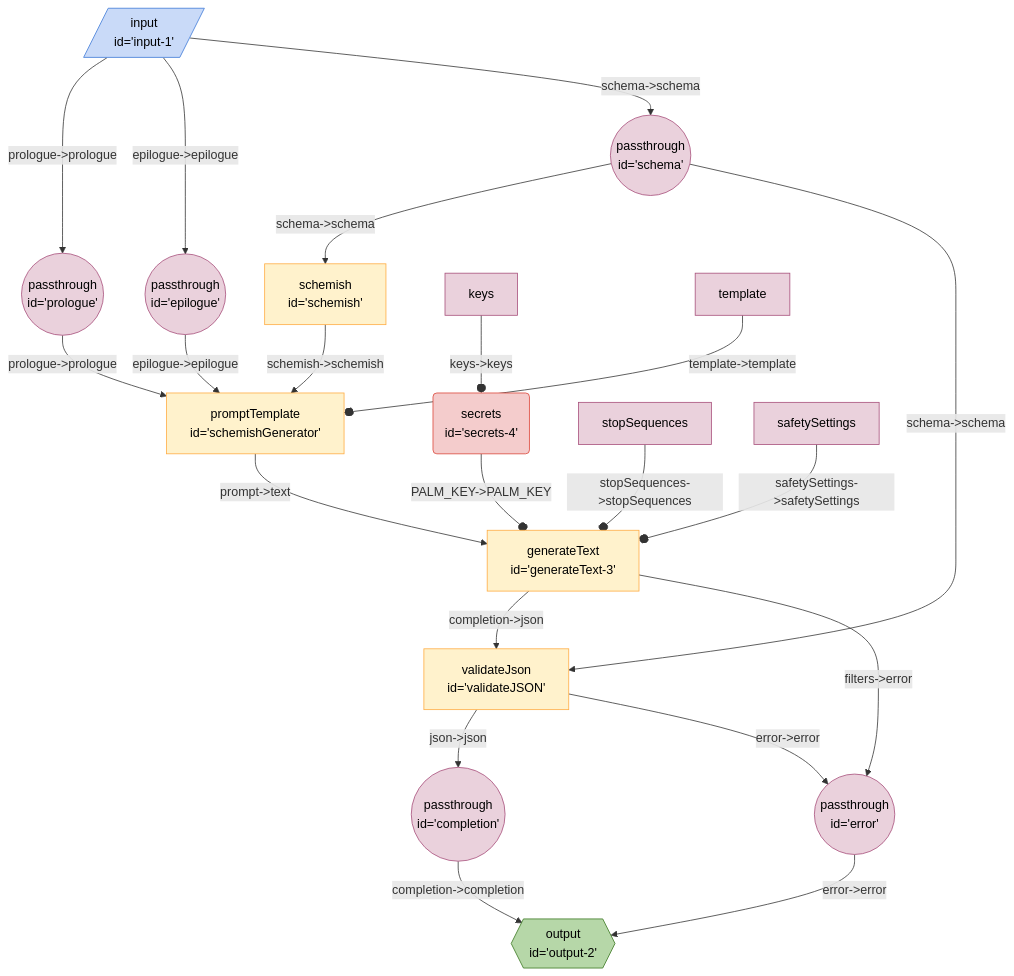
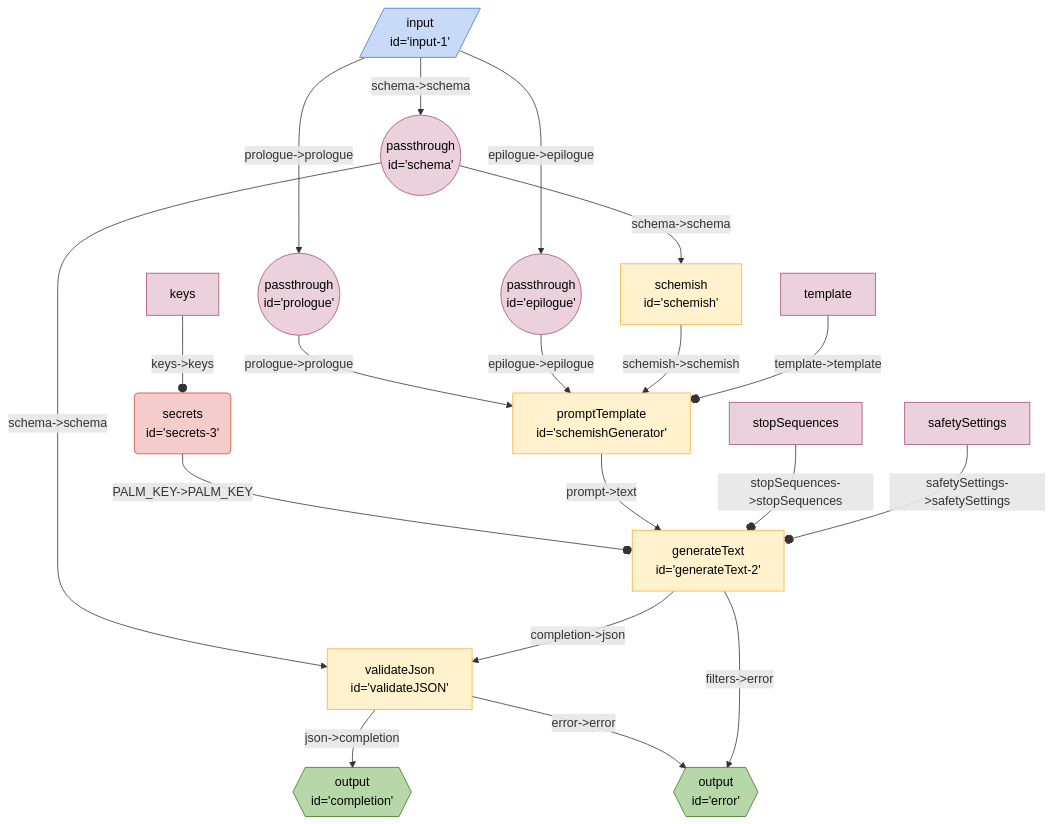
Before and after one commit to breadboard-ai/breadboard: the diagram in seeds/coffee-bot-board/docs/schemish-generator.md, drawn with Mermaid. The commit also changed 3 other files, not shown here.

Commit message:
[coffee-bot-board] A working `schemish-generator` pattern.

````diff
--- a/seeds/coffee-bot-board/docs/schemish-generator.md
+++ b/seeds/coffee-bot-board/docs/schemish-generator.md
@@ -3,32 +3,30 @@
 ```mermaid
 %%{init: 'themeVariables': { 'fontFamily': 'Fira Code, monospace' }}%%
 graph TD;
 input1[/"input <br> id='input-1'"/]:::input -- "prologue->prologue" --> prologue(("passthrough <br> id='prologue'")):::passthrough
 input1[/"input <br> id='input-1'"/]:::input -- "epilogue->epilogue" --> epilogue(("passthrough <br> id='epilogue'")):::passthrough
 input1[/"input <br> id='input-1'"/]:::input -- "schema->schema" --> schema(("passthrough <br> id='schema'")):::passthrough
-error(("passthrough <br> id='error'")):::passthrough -- "error->error" --> output2{{"output <br> id='output-2'"}}:::output
-completion(("passthrough <br> id='completion'")):::passthrough -- "completion->completion" --> output2{{"output <br> id='output-2'"}}:::output
 schema(("passthrough <br> id='schema'")):::passthrough -- "schema->schema" --> schemish["schemish <br> id='schemish'"]
-validateJSON["validateJson <br> id='validateJSON'"] -- "json->json" --> completion(("passthrough <br> id='completion'")):::passthrough
-validateJSON["validateJson <br> id='validateJSON'"] -- "error->error" --> error(("passthrough <br> id='error'")):::passthrough
+validateJSON["validateJson <br> id='validateJSON'"] -- "json->completion" --> completion{{"output <br> id='completion'"}}:::output
+validateJSON["validateJson <br> id='validateJSON'"] -- "error->error" --> error{{"output <br> id='error'"}}:::output
 schema(("passthrough <br> id='schema'")):::passthrough -- "schema->schema" --> validateJSON["validateJson <br> id='validateJSON'"]
-secrets4("secrets <br> id='secrets-4'"):::secrets -- "PALM_KEY->PALM_KEY" --o generateText3["generateText <br> id='generateText-3'"]
-generateText3["generateText <br> id='generateText-3'"] -- "completion->json" --> validateJSON["validateJson <br> id='validateJSON'"]
-generateText3["generateText <br> id='generateText-3'"] -- "filters->error" --> error(("passthrough <br> id='error'")):::passthrough
+secrets3("secrets <br> id='secrets-3'"):::secrets -- "PALM_KEY->PALM_KEY" --o generateText2["generateText <br> id='generateText-2'"]
+generateText2["generateText <br> id='generateText-2'"] -- "completion->json" --> validateJSON["validateJson <br> id='validateJSON'"]
+generateText2["generateText <br> id='generateText-2'"] -- "filters->error" --> error{{"output <br> id='error'"}}:::output
 prologue(("passthrough <br> id='prologue'")):::passthrough -- "prologue->prologue" --> schemishGenerator["promptTemplate <br> id='schemishGenerator'"]
 epilogue(("passthrough <br> id='epilogue'")):::passthrough -- "epilogue->epilogue" --> schemishGenerator["promptTemplate <br> id='schemishGenerator'"]
 schemish["schemish <br> id='schemish'"] -- "schemish->schemish" --> schemishGenerator["promptTemplate <br> id='schemishGenerator'"]
-schemishGenerator["promptTemplate <br> id='schemishGenerator'"] -- "prompt->text" --> generateText3["generateText <br> id='generateText-3'"]
-stopSequencesgenerateText3[stopSequences]:::config -- "stopSequences->stopSequences" --o generateText3
-safetySettingsgenerateText3[safetySettings]:::config -- "safetySettings->safetySettings" --o generateText3
-keyssecrets4[keys]:::config -- "keys->keys" --o secrets4
+schemishGenerator["promptTemplate <br> id='schemishGenerator'"] -- "prompt->text" --> generateText2["generateText <br> id='generateText-2'"]
+stopSequencesgenerateText2[stopSequences]:::config -- "stopSequences->stopSequences" --o generateText2
+safetySettingsgenerateText2[safetySettings]:::config -- "safetySettings->safetySettings" --o generateText2
+keyssecrets3[keys]:::config -- "keys->keys" --o secrets3
 templateschemishGenerator[template]:::config -- "template->template" --o schemishGenerator
 classDef default stroke:#ffab40,fill:#fff2ccff,color:#000
 classDef input stroke:#3c78d8,fill:#c9daf8ff,color:#000
 classDef output stroke:#38761d,fill:#b6d7a8ff,color:#000
 classDef passthrough stroke:#a64d79,fill:#ead1dcff,color:#000
 classDef slot stroke:#a64d79,fill:#ead1dcff,color:#000
 classDef config stroke:#a64d79,fill:#ead1dcff,color:#000
 classDef secrets stroke:#db4437,fill:#f4cccc,color:#000
 classDef slotted stroke:#a64d79
 ```
````
